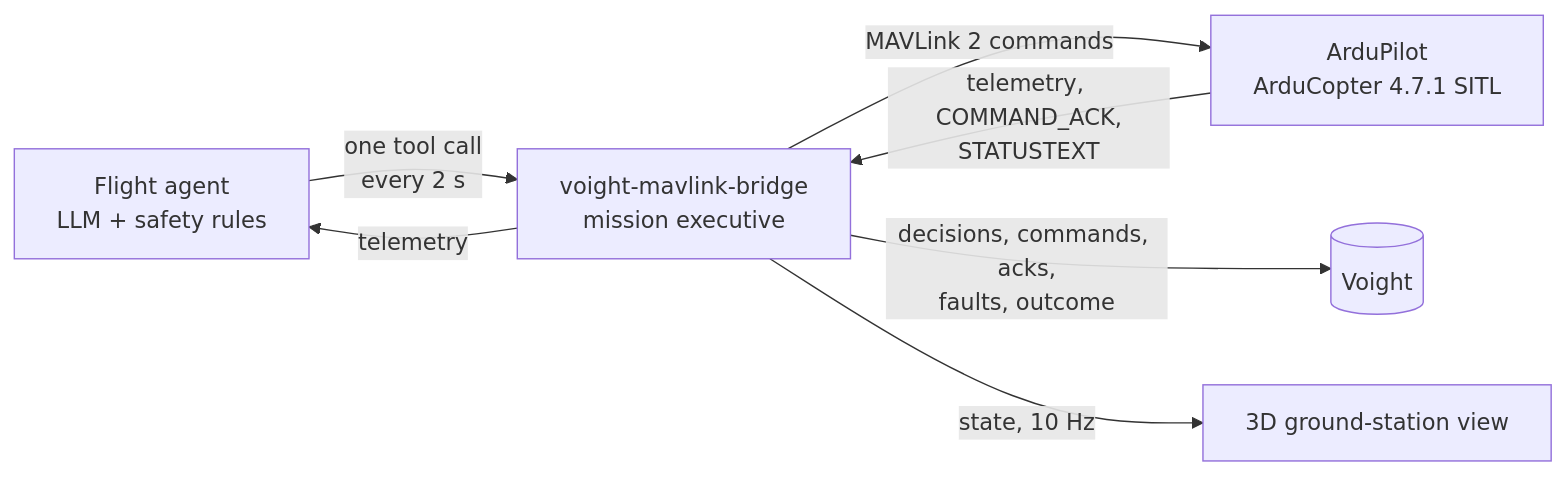
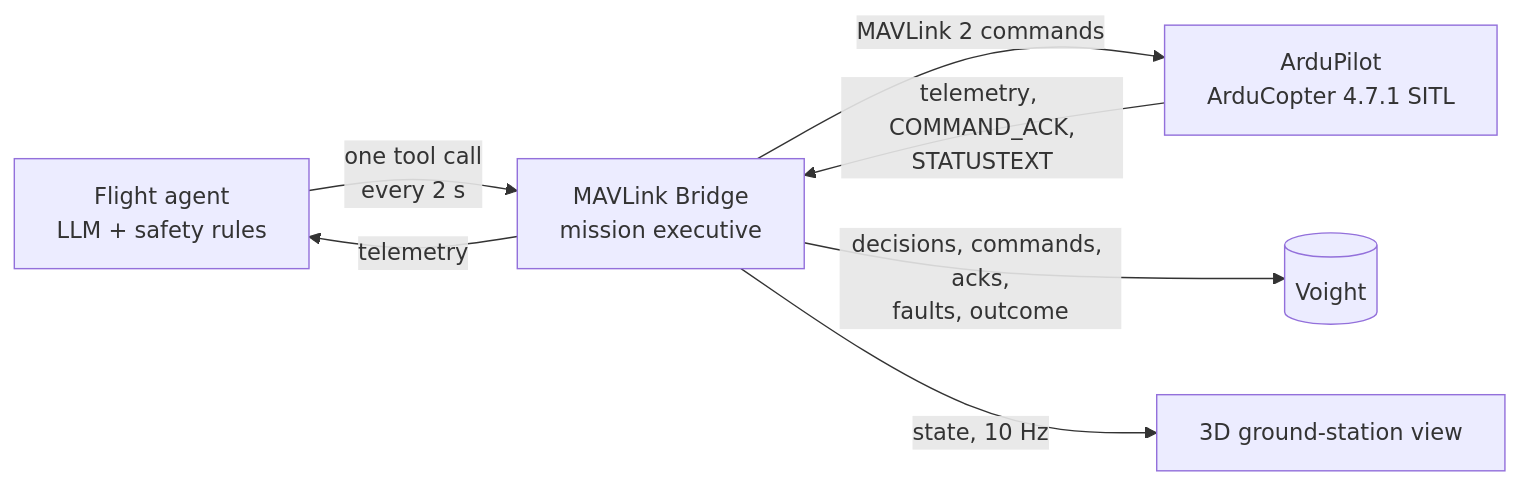
Before and after one commit to Voightxyz/mavlink-bridge: the diagram in README.md, drawn with Mermaid. The commit also changed other lines of this file and 4 other files, not shown here.

Commit message:
Rename to MAVLink Bridge

````diff
--- a/README.md
+++ b/README.md
@@ -15,9 +15,9 @@
 ```mermaid
 flowchart LR
-    A["Flight agent<br/>LLM + safety rules"] -- "one tool call<br/>every 2 s" --> B["voight-mavlink-bridge<br/>mission executive"]
+    A["Flight agent<br/>LLM + safety rules"] -- "one tool call<br/>every 2 s" --> B["MAVLink Bridge<br/>mission executive"]
     B -- "MAVLink 2 commands" --> C["ArduPilot<br/>ArduCopter 4.7.1 SITL"]
     C -- "telemetry, COMMAND_ACK,<br/>STATUSTEXT" --> B
     B -- "telemetry" --> A
     B -- "decisions, commands, acks,<br/>faults, outcome" --> D[("Voight")]
     B -- "state, 10 Hz" --> E["3D ground-station view"]
 ```
````
